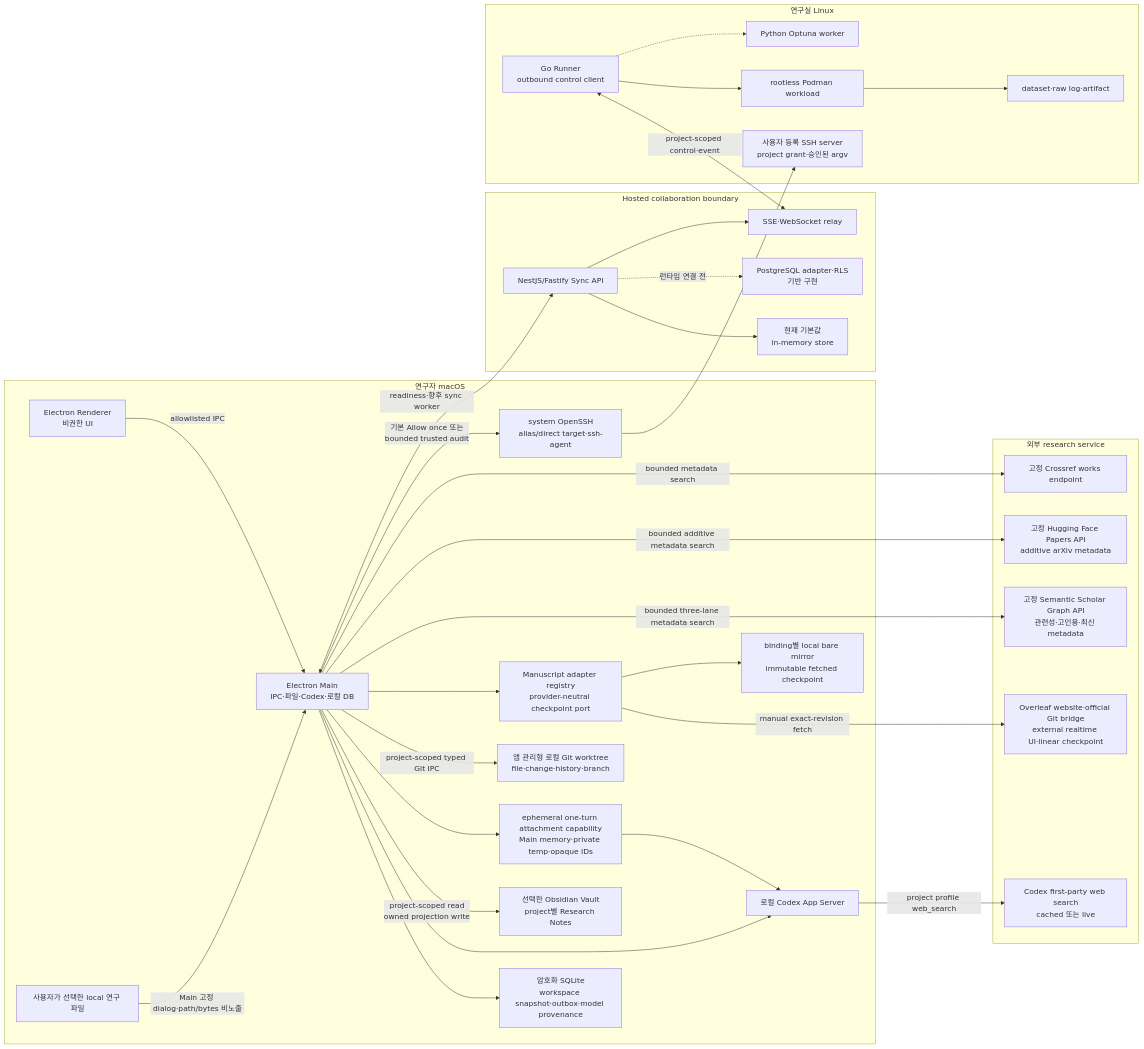
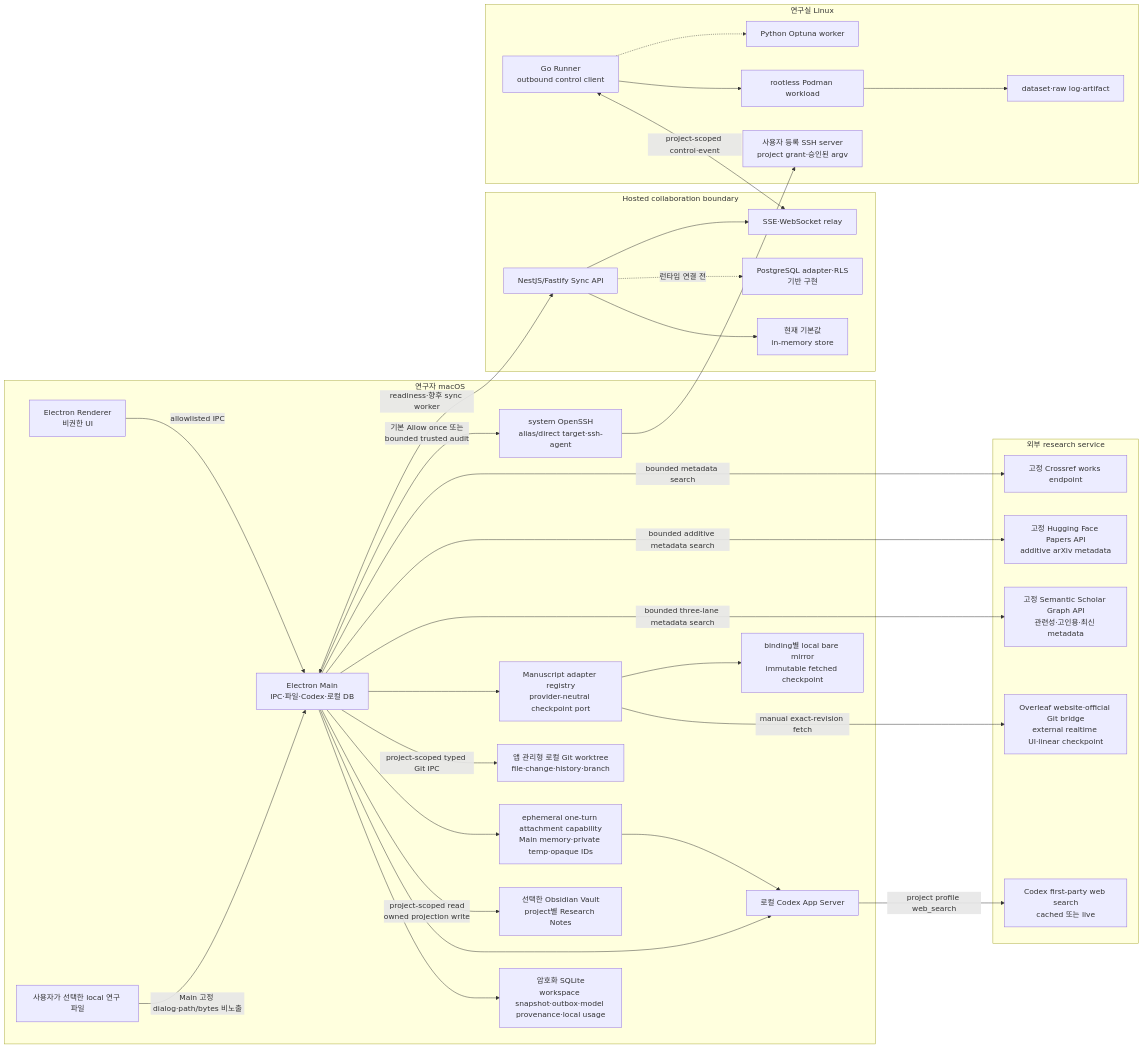
The first of 8 diagrams in docs/ARCHITECTURE.md (gli-minsuk-shin/GOSU), drawn with Mermaid before and after one commit. The commit also changed other lines of this file and 141 other files, not shown here.

````diff
--- a/docs/ARCHITECTURE.md
+++ b/docs/ARCHITECTURE.md
@@ -45,61 +45,61 @@
 ```mermaid
 flowchart LR
   subgraph Mac["연구자 macOS"]
     Renderer["Electron Renderer\n비권한 UI"]
     Main["Electron Main\nIPC·파일·Codex·로컬 DB"]
-    LocalDB["암호화 SQLite\nworkspace snapshot·outbox·model provenance"]
+    LocalDB["암호화 SQLite\nworkspace snapshot·outbox·model provenance·local usage"]
     Codex["로컬 Codex App Server"]
     Vault["선택한 Obsidian Vault\nproject별 Research Notes"]
     AttachmentFiles["사용자가 선택한 local 연구 파일"]
     AttachmentCapability["ephemeral one-turn attachment capability\nMain memory·private temp·opaque IDs"]
     Git["앱 관리형 로컬 Git worktree\nfile·change·history·branch"]
     ManuscriptAdapter["Manuscript adapter registry\nprovider-neutral checkpoint port"]
     ManuscriptMirror["binding별 local bare mirror\nimmutable fetched checkpoint"]
     OpenSSH["system OpenSSH\nalias/direct target·ssh-agent"]
   end
 
   subgraph External["외부 research service"]
     WebSearch["Codex first-party web search\ncached 또는 live"]
     SemanticScholar["고정 Semantic Scholar Graph API\n관련성·고인용·최신 metadata"]
     HuggingFace["고정 Hugging Face Papers API\nadditive arXiv metadata"]
     Crossref["고정 Crossref works endpoint"]
     Overleaf["Overleaf website·official Git bridge\nexternal realtime UI·linear checkpoint"]
   end
 
   subgraph Hosted["Hosted collaboration boundary"]
     API["NestJS/Fastify Sync API"]
     Memory["현재 기본값\nin-memory store"]
     Postgres["PostgreSQL adapter·RLS\n기반 구현"]
     Relay["SSE·WebSocket relay"]
   end
 
   subgraph Lab["연구실 Linux"]
     Runner["Go Runner\noutbound control client"]
     Podman["rootless Podman workload"]
     Artifacts["dataset·raw log·artifact"]
     Optimizer["Python Optuna worker"]
     SshHost["사용자 등록 SSH server\nproject grant·승인된 argv"]
   end
 
   Renderer -->|"allowlisted IPC"| Main
   Main --> LocalDB
   Main --> Codex
   Main -->|"project-scoped read\nowned projection write"| Vault
   AttachmentFiles -->|"Main 고정 dialog·path/bytes 비노출"| Main --> AttachmentCapability --> Codex
   Main -->|"project-scoped typed Git IPC"| Git
   Main --> ManuscriptAdapter -->|"manual exact-revision fetch"| Overleaf
   ManuscriptAdapter --> ManuscriptMirror
   Codex -->|"project profile web_search"| WebSearch
   Main -->|"bounded three-lane metadata search"| SemanticScholar
   Main -->|"bounded additive metadata search"| HuggingFace
   Main -->|"bounded metadata search"| Crossref
   Main -->|"기본 Allow once 또는\nbounded trusted audit"| OpenSSH --> SshHost
   Main <-->|"readiness·향후 sync worker"| API
   API --> Memory
   API -.->|"런타임 연결 전"| Postgres
   API --> Relay
   Runner <-->|"project-scoped control·event"| Relay
   Runner --> Podman
   Podman --> Artifacts
   Runner -.-> Optimizer
 ```
````
